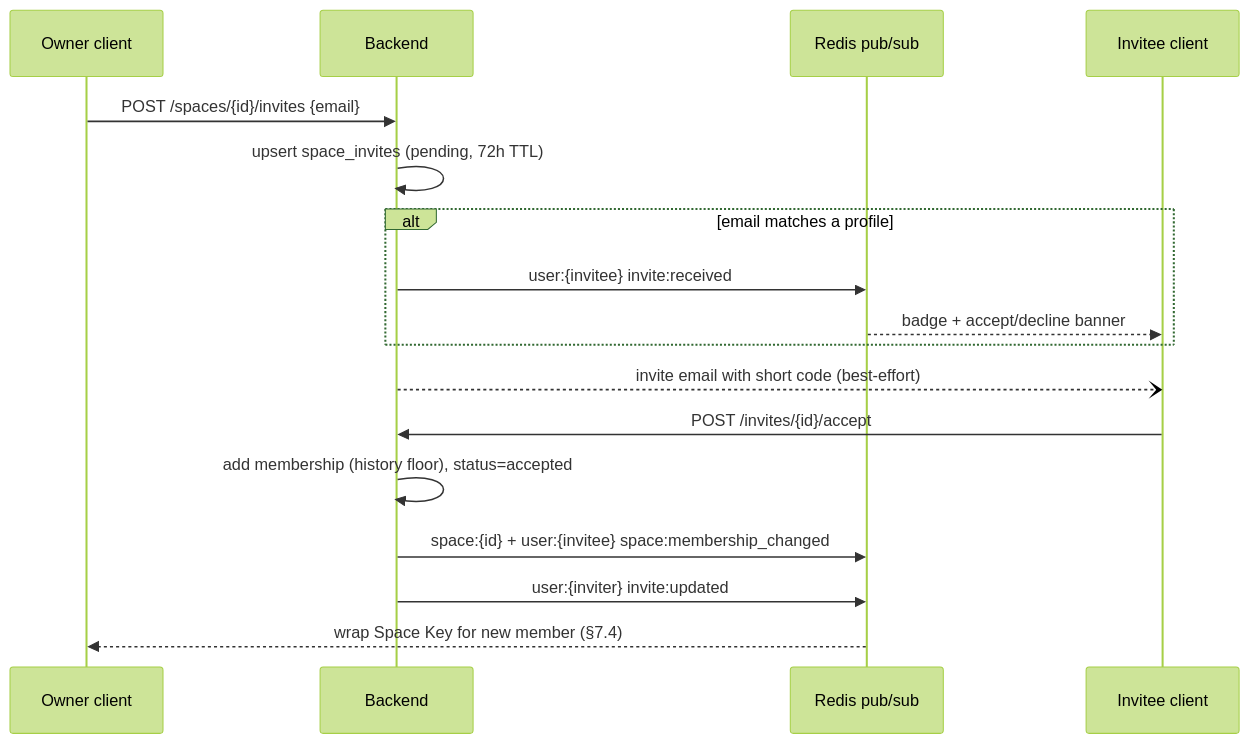
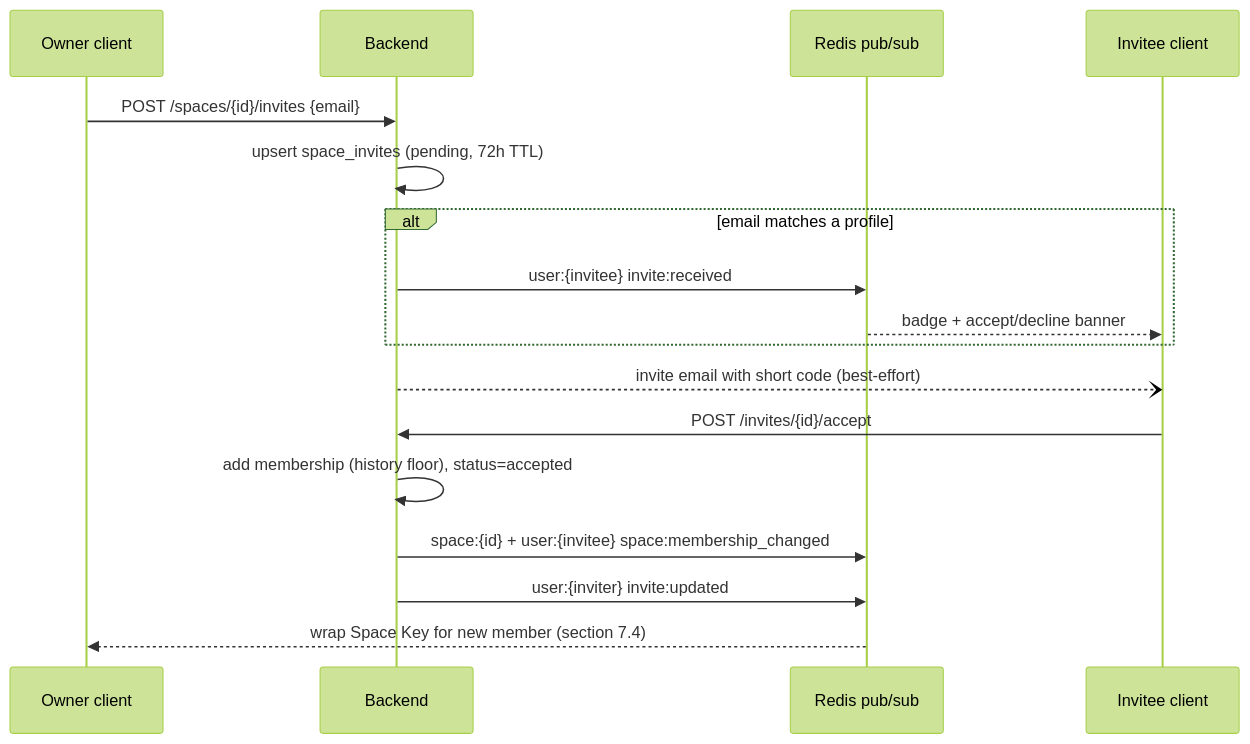
Before and after one commit to NotRover/RoverTools-Orange-Copy-Paste-Backend: the second of 3 diagrams in docs/ARCHITECTURE.md, drawn with Mermaid (forest theme). The commit also changed other lines of this file and 2 other files, not shown here.

````diff
--- a/docs/ARCHITECTURE.md
+++ b/docs/ARCHITECTURE.md
@@ -649,20 +649,20 @@
 ```mermaid
 sequenceDiagram
     participant O as Owner client
     participant API as Backend
     participant R as Redis pub/sub
     participant I as Invitee client
 
     O->>API: POST /spaces/{id}/invites {email}
     API->>API: upsert space_invites (pending, 72h TTL)
     alt email matches a profile
         API->>R: user:{invitee} invite:received
         R-->>I: badge + accept/decline banner
     end
     API--)I: invite email with short code (best-effort)
     I->>API: POST /invites/{id}/accept
     API->>API: add membership (history floor), status=accepted
     API->>R: space:{id} + user:{invitee} space:membership_changed
     API->>R: user:{inviter} invite:updated
-    R-->>O: wrap Space Key for new member (§7.4)
+    R-->>O: wrap Space Key for new member (section 7.4)
 ```
````
